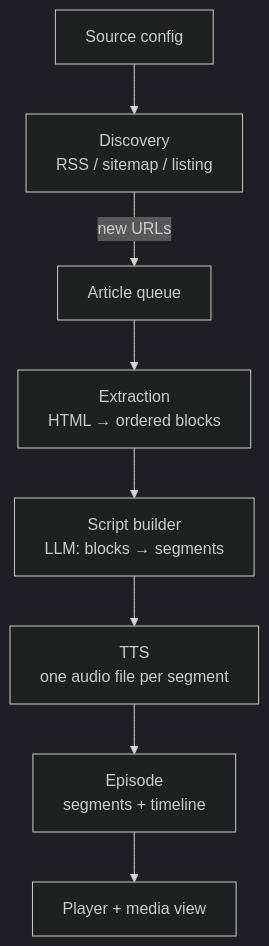
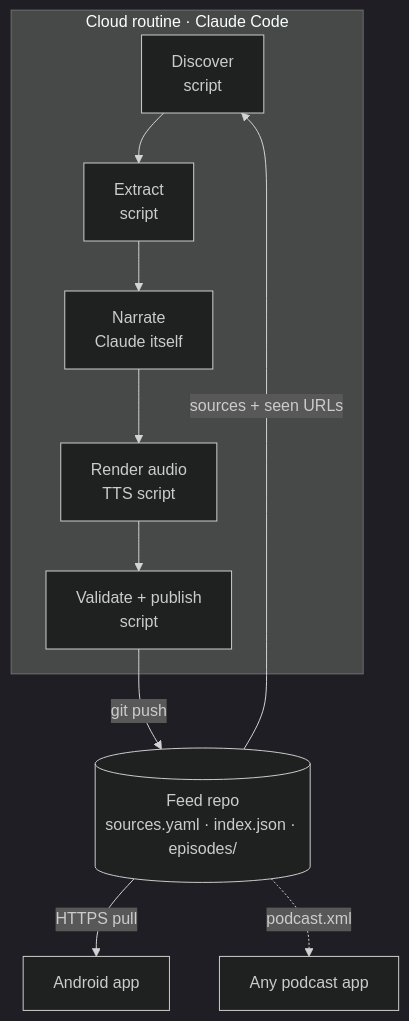
One commit to nahueltaibo/article-to-podcast changed the first of 2 diagrams in .docs/architecture.md. Above: the diagram before and after it, drawn with Mermaid (dark theme). The commit also changed other lines of this file and 4 other files, not shown here.

First line of the commit message:
Move generation to a Claude Code cloud routine with a GitHub feed

````diff
--- a/.docs/architecture.md
+++ b/.docs/architecture.md
@@ -9,10 +9,14 @@
 ```mermaid
 flowchart TD
-    S[Source config] --> D[Discovery<br/>RSS / sitemap / listing]
-    D -->|new URLs| A[Article queue]
-    A --> E[Extraction<br/>HTML → ordered blocks]
-    E --> N[Script builder<br/>LLM: blocks → segments]
-    N --> T[TTS<br/>one audio file per segment]
-    T --> P[Episode<br/>segments + timeline]
-    P --> UI[Player + media view]
+    subgraph R[Cloud routine · Claude Code]
+        D[Discover<br/>script] --> E[Extract<br/>script]
+        E --> N[Narrate<br/>Claude itself]
+        N --> T[Render audio<br/>TTS script]
+        T --> V[Validate + publish<br/>script]
+    end
+    F[(Feed repo<br/>sources.yaml · index.json · episodes/)]
+    F -->|sources + seen URLs| D
+    V -->|git push| F
+    F -->|HTTPS pull| A[Android app]
+    F -.->|podcast.xml| P[Any podcast app]
 ```
````
